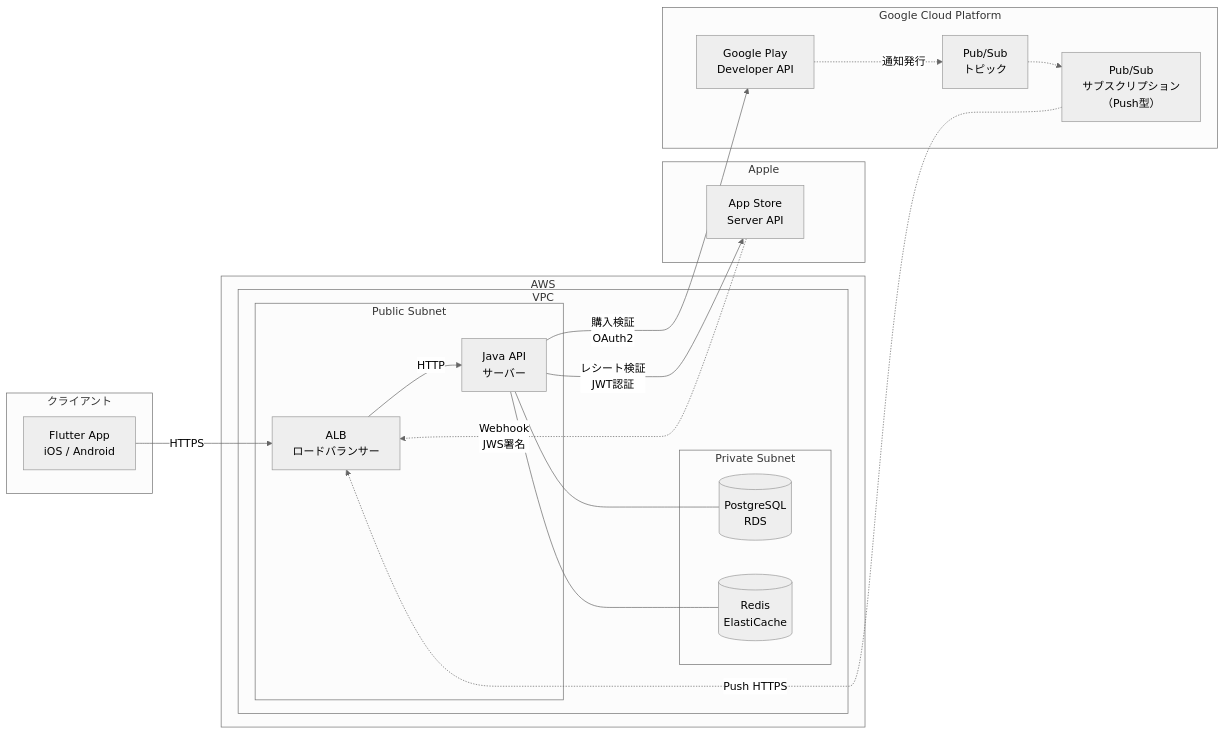
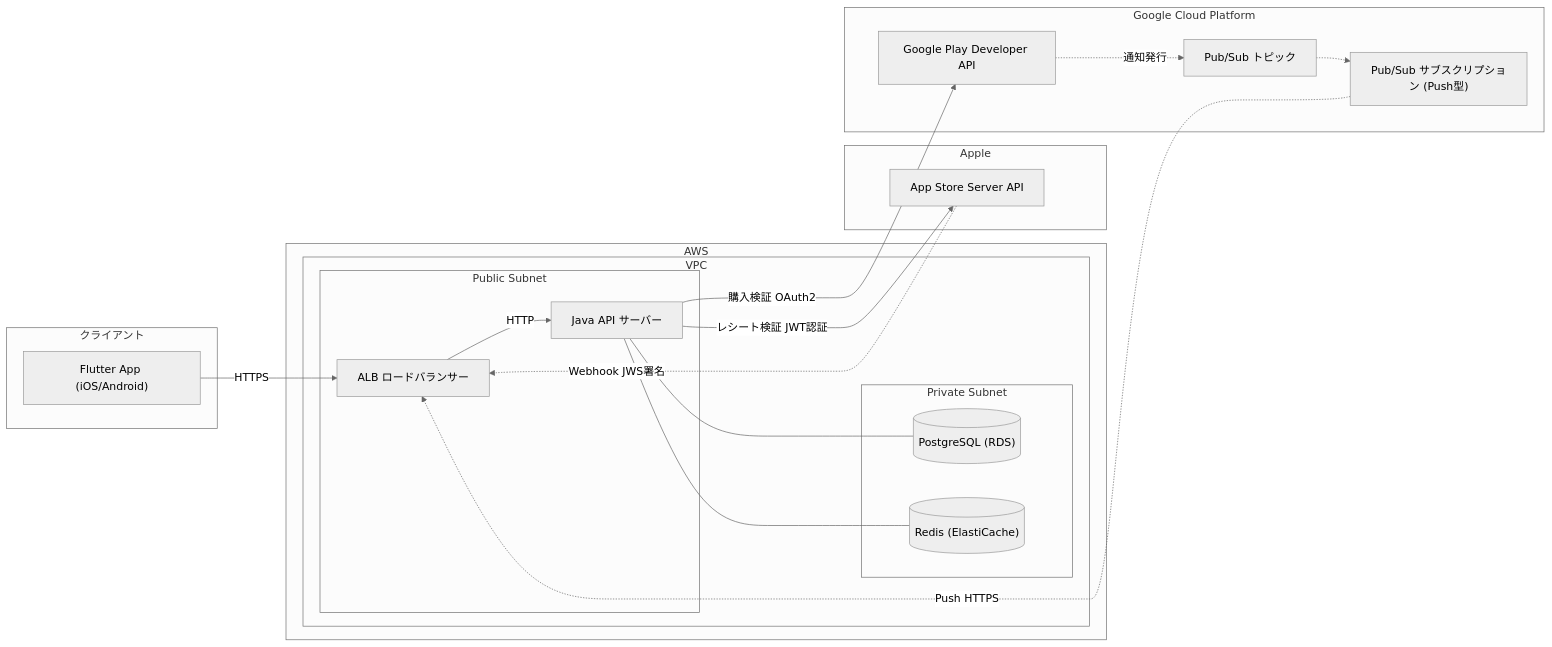
The diagram in docs/flutter-subscription-architecture-diagram.md (tomoyuki0512-hub/test-repository), drawn with Mermaid (neutral theme) before and after one commit.

Commit message:
fix: Mermaidのノードラベルからバックスラッシュnを削除

````diff
--- a/docs/flutter-subscription-architecture-diagram.md
+++ b/docs/flutter-subscription-architecture-diagram.md
@@ -19,50 +19,50 @@
 ```mermaid
 graph LR
 
     subgraph CLIENT["クライアント"]
-        Flutter["Flutter App\niOS / Android"]
+        Flutter["Flutter App (iOS/Android)"]
     end
 
     subgraph APPLE_EXT["Apple"]
-        Apple["App Store\nServer API"]
+        Apple["App Store Server API"]
     end
 
     subgraph GCP["Google Cloud Platform"]
-        GooglePlay["Google Play\nDeveloper API"]
-        PubSubTopic["Pub/Sub\nトピック"]
-        PubSubSub["Pub/Sub\nサブスクリプション\n（Push型）"]
+        GooglePlay["Google Play Developer API"]
+        PubSubTopic["Pub/Sub トピック"]
+        PubSubSub["Pub/Sub サブスクリプション (Push型)"]
     end
 
     subgraph AWS["AWS"]
         subgraph VPC["VPC"]
             subgraph PUBLIC["Public Subnet"]
-                ALB["ALB\nロードバランサー"]
-                JavaAPI["Java API\nサーバー"]
+                ALB["ALB ロードバランサー"]
+                JavaAPI["Java API サーバー"]
             end
             subgraph PRIVATE["Private Subnet"]
-                RDS[("PostgreSQL\nRDS")]
-                Redis[("Redis\nElastiCache")]
+                RDS[("PostgreSQL (RDS)")]
+                Redis[("Redis (ElastiCache)")]
             end
         end
     end
 
     %% クライアント → API
     Flutter -->|"HTTPS"| ALB
     ALB -->|"HTTP"| JavaAPI
 
     %% API → 外部サービス（検証）
-    JavaAPI -->|"レシート検証\nJWT認証"| Apple
-    JavaAPI -->|"購入検証\nOAuth2"| GooglePlay
+    JavaAPI -->|"レシート検証 JWT認証"| Apple
+    JavaAPI -->|"購入検証 OAuth2"| GooglePlay
 
     %% API → DB / キャッシュ
     JavaAPI --- RDS
     JavaAPI --- Redis
 
     %% Apple Webhook（直接HTTPS）
-    Apple -.->|"Webhook\nJWS署名"| ALB
+    Apple -.->|"Webhook JWS署名"| ALB
 
     %% Google Play → Pub/Sub → API
     GooglePlay -.->|"通知発行"| PubSubTopic
     PubSubTopic -.-> PubSubSub
     PubSubSub -.->|"Push HTTPS"| ALB
 ```
````
